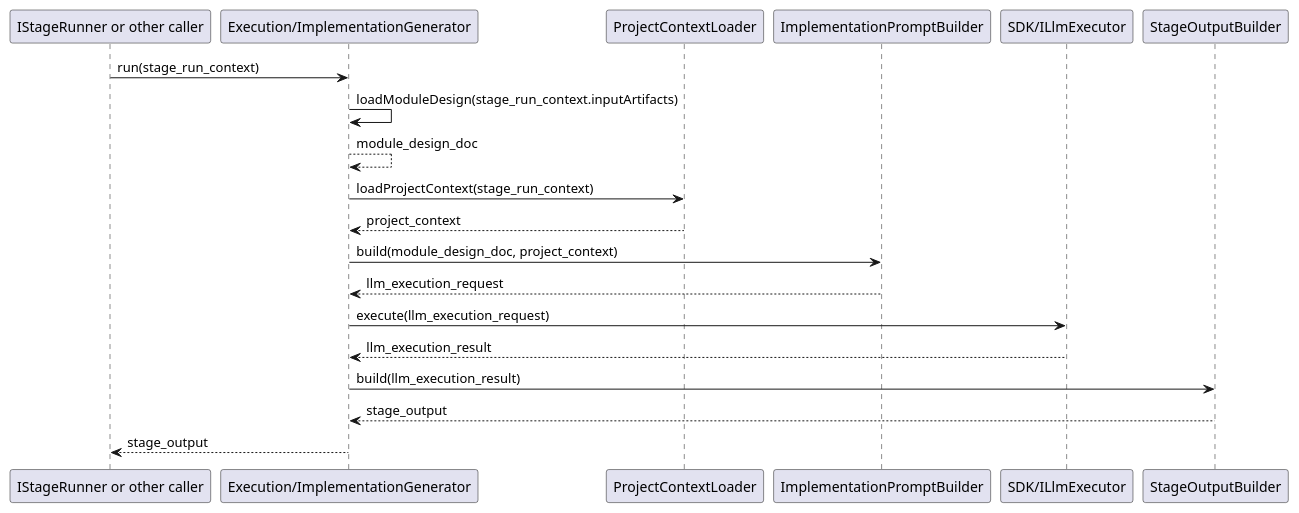
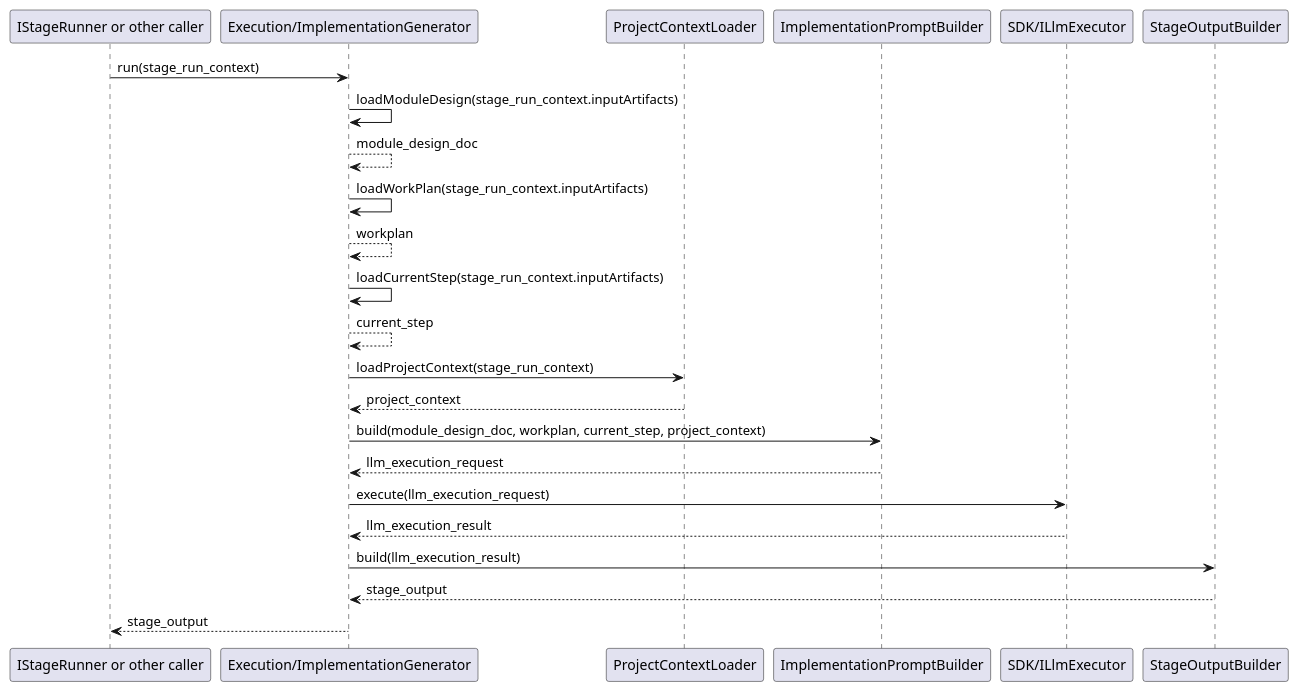
Before and after one commit to lucky-chen/ai_workflow_travel: the second of 2 diagrams in meta_layer/docs/design_docs/Execution/ImplementationGenerator.md, drawn with PlantUML. The commit also changed other lines of this file and 8 other files, not shown here.

First line of the commit message:
[AI] gpt-5.4: split implementation stages and add plan template

````diff
--- a/meta_layer/docs/design_docs/Execution/ImplementationGenerator.md
+++ b/meta_layer/docs/design_docs/Execution/ImplementationGenerator.md
@@ -133,23 +136,27 @@
 ```plantuml
 @startuml
 participant Caller as "IStageRunner or other caller"
 participant ImplementationGenerator as "Execution/ImplementationGenerator"
 participant ProjectContextLoader
 participant ImplementationPromptBuilder
 participant ILlmExecutor as "SDK/ILlmExecutor"
 participant StageOutputBuilder
 
 Caller -> ImplementationGenerator: run(stage_run_context)
 ImplementationGenerator -> ImplementationGenerator: loadModuleDesign(stage_run_context.inputArtifacts)
 ImplementationGenerator --> ImplementationGenerator: module_design_doc
+ImplementationGenerator -> ImplementationGenerator: loadWorkPlan(stage_run_context.inputArtifacts)
+ImplementationGenerator --> ImplementationGenerator: workplan
+ImplementationGenerator -> ImplementationGenerator: loadCurrentStep(stage_run_context.inputArtifacts)
+ImplementationGenerator --> ImplementationGenerator: current_step
 ImplementationGenerator -> ProjectContextLoader: loadProjectContext(stage_run_context)
 ProjectContextLoader --> ImplementationGenerator: project_context
-ImplementationGenerator -> ImplementationPromptBuilder: build(module_design_doc, project_context)
+ImplementationGenerator -> ImplementationPromptBuilder: build(module_design_doc, workplan, current_step, project_context)
 ImplementationPromptBuilder --> ImplementationGenerator: llm_execution_request
 ImplementationGenerator -> ILlmExecutor: execute(llm_execution_request)
 ILlmExecutor --> ImplementationGenerator: llm_execution_result
 ImplementationGenerator -> StageOutputBuilder: build(llm_execution_result)
 StageOutputBuilder --> ImplementationGenerator: stage_output
 ImplementationGenerator --> Caller: stage_output
 @enduml
 ```
````
